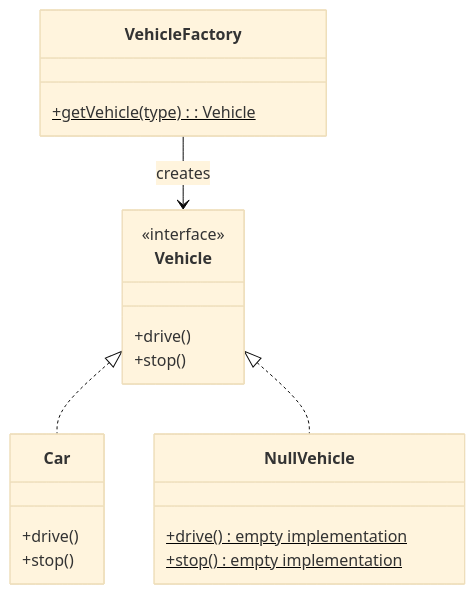
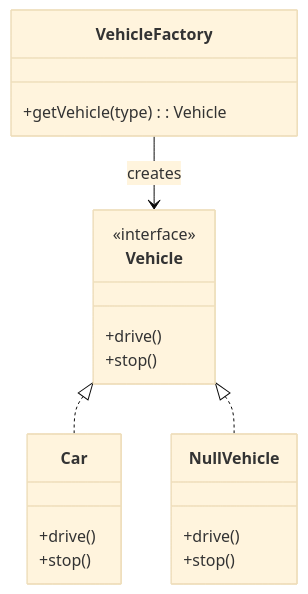
The diagram in LLD/DesignPattern/behavioralDesign/NullObjectPattern/UML/ClassDiagram.md (shahbaz8584/low-level-design), drawn with Mermaid (base theme) before and after one commit. The commit also changed 1 other file, not shown here.

Commit message:
fix(uml): Correct NullVehicle method syntax for Mermaid rendering; regenerate docs

````diff
--- a/LLD/DesignPattern/behavioralDesign/NullObjectPattern/UML/ClassDiagram.md
+++ b/LLD/DesignPattern/behavioralDesign/NullObjectPattern/UML/ClassDiagram.md
@@ -3,26 +3,26 @@
 ```mermaid
 classDiagram
     class Vehicle {
         <<interface>>
         +drive()
         +stop()
     }
-    
+
     class Car {
         +drive()
         +stop()
     }
-    
+
     class NullVehicle {
-        +drive()$ empty implementation
-        +stop()$ empty implementation
+        +drive()
+        +stop()
     }
-    
+
     class VehicleFactory {
-        +getVehicle(type): Vehicle$
+        +getVehicle(type): Vehicle
     }
-    
+
     Vehicle <|.. Car
     Vehicle <|.. NullVehicle
     VehicleFactory --> Vehicle: creates
 ```
````
